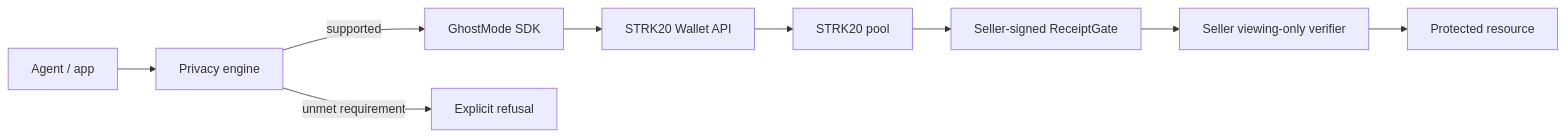
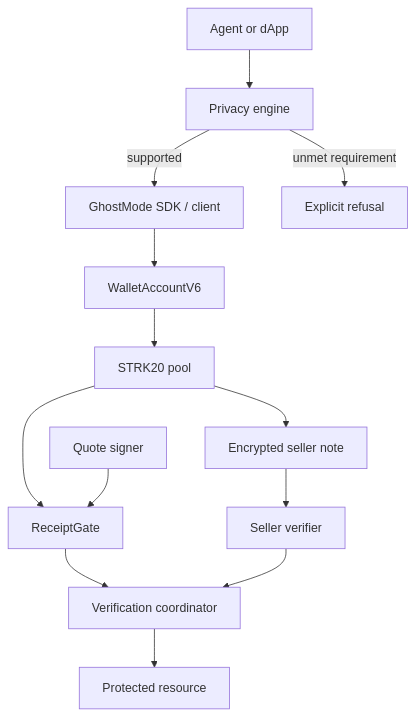
Before and after one commit to 0xZorak/ghostmode-starknet: the third of 3 diagrams in README.md, drawn with Mermaid. The commit also changed other lines of this file and 70 other files, not shown here.

Commit message:
Polish GhostMode product and documentation

````diff
--- a/README.md
+++ b/README.md
@@ -53,11 +186,15 @@
 ```mermaid
-flowchart LR
-    Agent[Agent / app] --> Engine[Privacy engine]
-    Engine -->|supported| SDK[GhostMode SDK]
-    Engine -->|unmet requirement| Refuse[Explicit refusal]
-    SDK --> Wallet[STRK20 Wallet API]
+flowchart TB
+    Agent[Agent or dApp] --> Policy[Privacy engine]
+    Policy -->|supported| SDK[GhostMode SDK / client]
+    Policy -->|unmet requirement| Refusal[Explicit refusal]
+    SDK --> Wallet[WalletAccountV6]
     Wallet --> Pool[STRK20 pool]
-    Pool --> Gate[Seller-signed ReceiptGate]
-    Gate --> Verify[Seller viewing-only verifier]
-    Verify --> Resource[Protected resource]
+    Pool --> Gate[ReceiptGate]
+    Quote[Quote signer] --> Gate
+    Pool --> Note[Encrypted seller note]
+    Gate --> Coordinator[Verification coordinator]
+    Note --> Verifier[Seller verifier]
+    Verifier --> Coordinator
+    Coordinator --> Resource[Protected resource]
 ```
````
